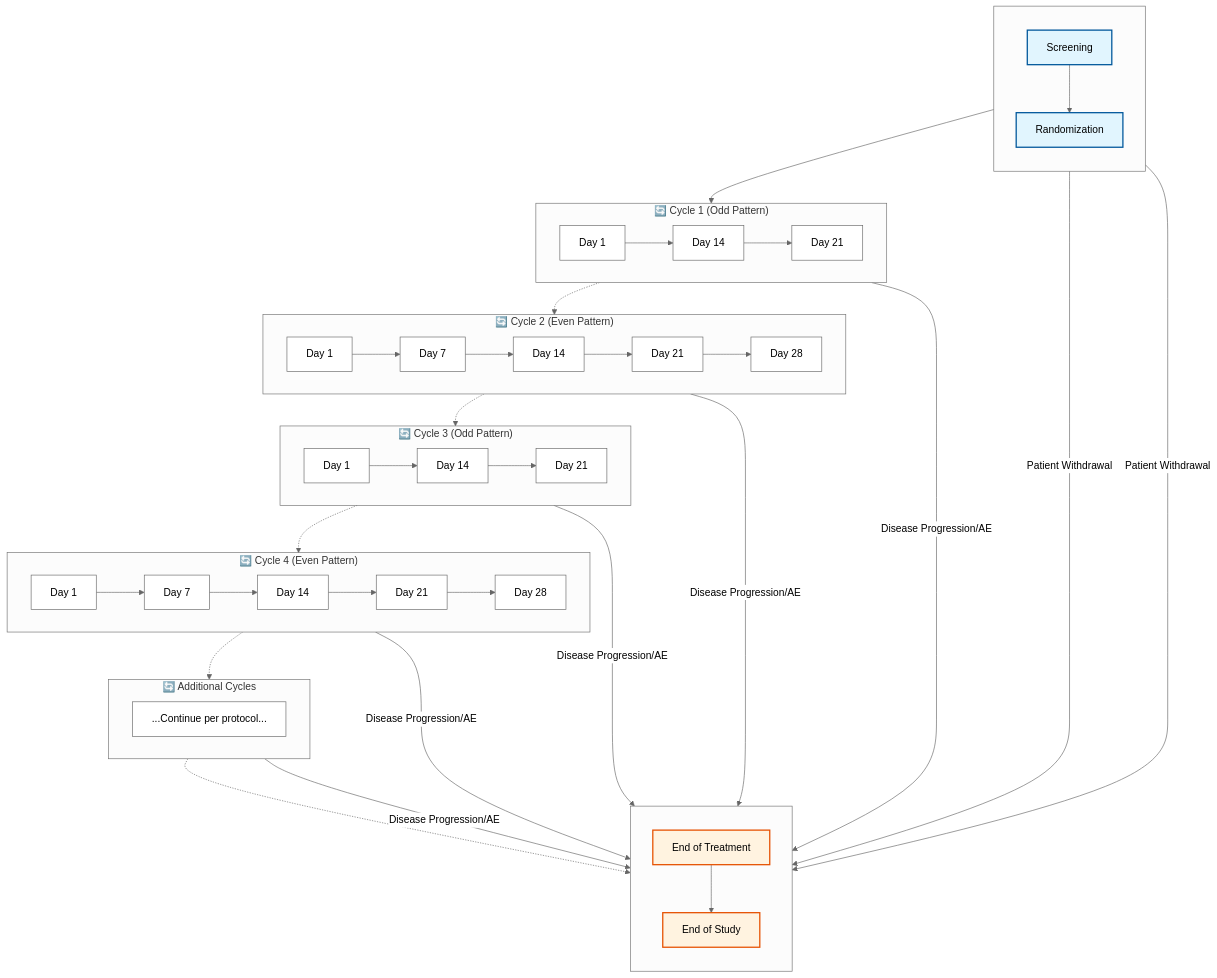
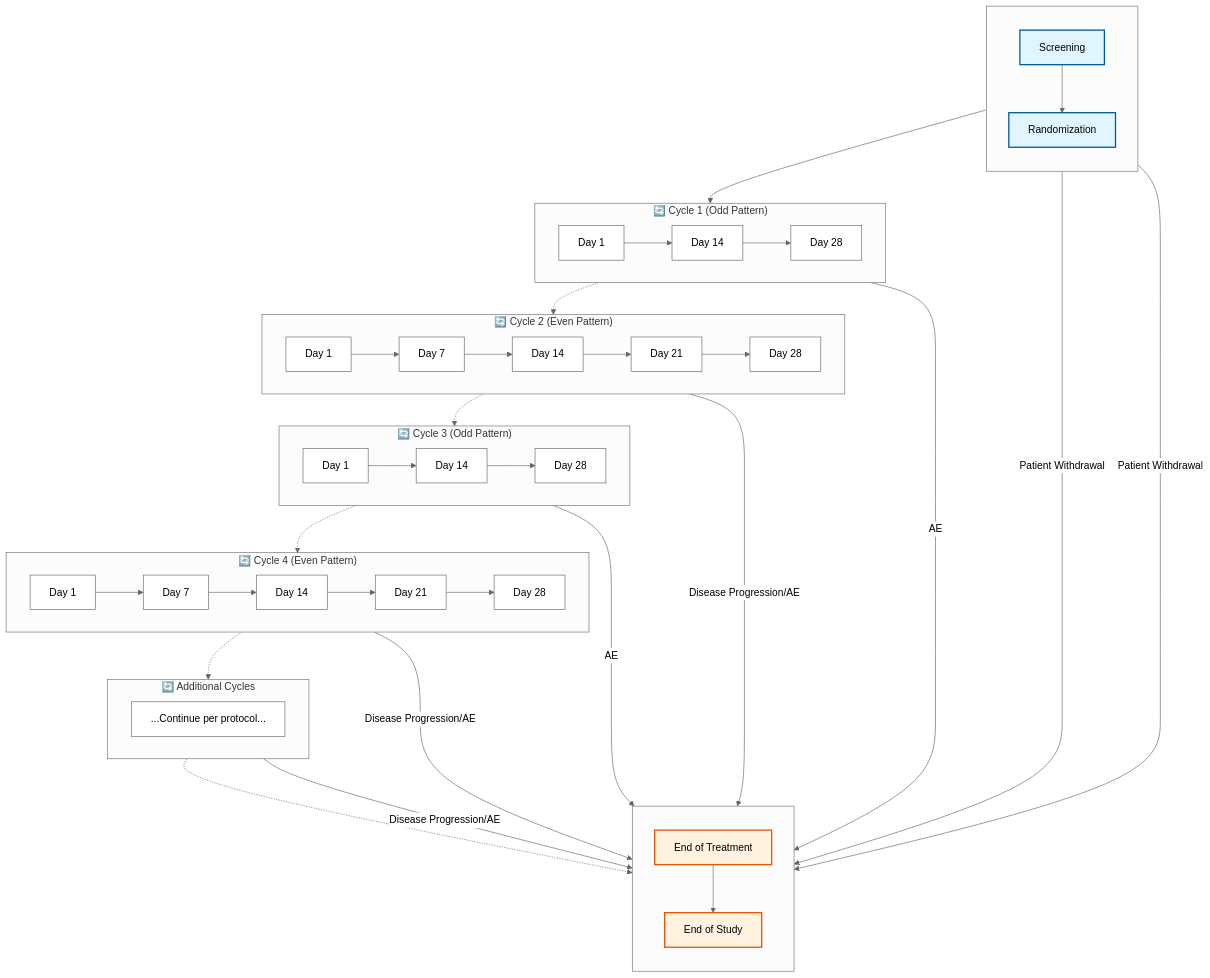
The fourth of 4 diagrams in input/pagecontent/dynamic-visit-plans.md (HL7/Vulcan-schedule-ig), drawn with Mermaid (neutral theme) before and after one commit. The commit also changed other lines of this file and 1 other file, not shown here.

````diff
--- a/input/pagecontent/dynamic-visit-plans.md
+++ b/input/pagecontent/dynamic-visit-plans.md
@@ -294,7 +325,7 @@
     subgraph Cycle1["🔄 Cycle 1 (Odd Pattern)"]
         direction LR
         C1D1[Day 1] --> C1D14[Day 14]
-        C1D14 --> C1D21[Day 21]
+        C1D14 --> C1D28[Day 28]
     end
 
     %% Cycle 2 (Even cycle pattern)
@@ -310,7 +341,7 @@
     subgraph Cycle3["🔄 Cycle 3 (Odd Pattern)"]
         direction LR
         C3D1[Day 1] --> C3D14[Day 14]
-        C3D14 --> C3D21[Day 21]
+        C3D14 --> C3D28[Day 28]
     end
 
     %% Cycle 4 (Even cycle pattern)
@@ -343,9 +374,9 @@
     CycleContinuation -.-> PostTreatment
 
     %% Early termination paths from any cycle
-    Cycle1 --Disease Progression/AE--> PostTreatment
+    Cycle1 --AE--> PostTreatment
     Cycle2 --Disease Progression/AE--> PostTreatment
-    Cycle3 --Disease Progression/AE--> PostTreatment
+    Cycle3 --AE--> PostTreatment
     Cycle4 --Disease Progression/AE--> PostTreatment
     CycleContinuation --Disease Progression/AE--> PostTreatment
 
@@ -363,7 +394,7 @@
 
     class Screening,Randomization prePhase
     class EndTreatment,EOS postPhase
-    class C1D1,C1D14,C1D21,C3D1,C3D14,C3D21 encounter
+    class C1D1,C1D14,C1D28,C3D1,C3D14,C3D28 encounter
     class C2D1,C2D7,C2D14,C2D21,C2D28,C4D1,C4D7,C4D14,C4D21,C4D28 encounter
     class MoreCycles encounter
 ```
````
